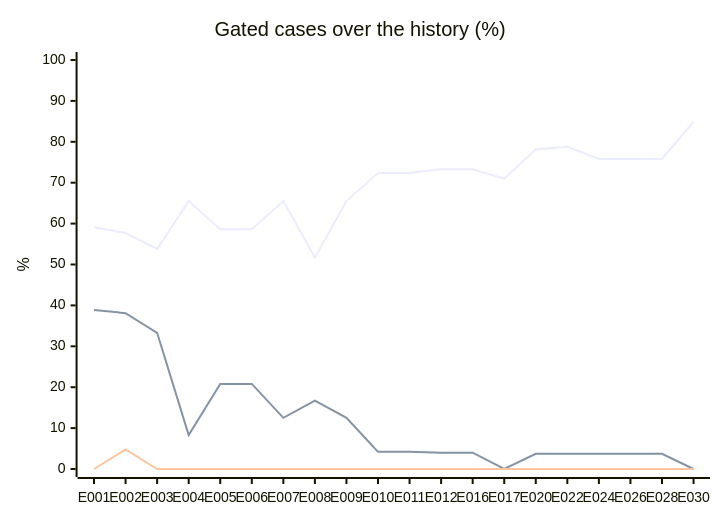
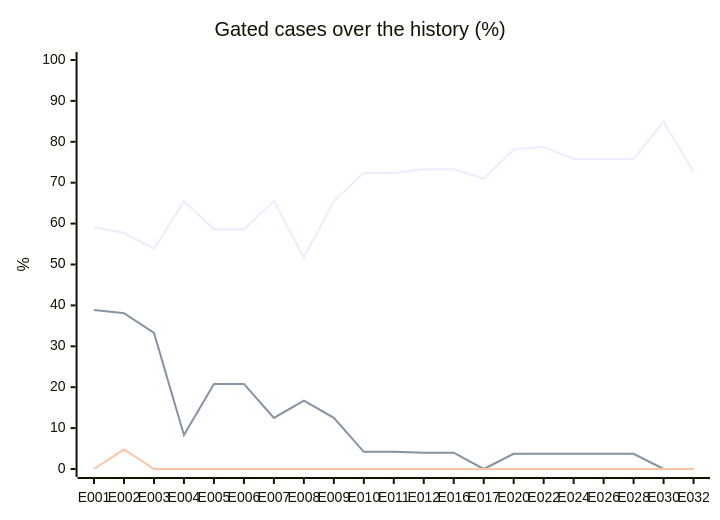
Before and after one commit to acarbonellb/anti-fraud-agent: the second of 2 diagrams in evals/report.md, drawn with Mermaid. The commit also changed other lines of this file and 141 other files, not shown here.

````diff
--- a/evals/report.md
+++ b/evals/report.md
@@ -155,9 +157,9 @@
 ```mermaid
 xychart-beta
   title "Gated cases over the history (%)"
-  x-axis [E001, E002, E003, E004, E005, E006, E007, E008, E009, E010, E011, E012, E016, E017, E020, E022, E024, E026, E028, E030]
+  x-axis [E001, E002, E003, E004, E005, E006, E007, E008, E009, E010, E011, E012, E016, E017, E020, E022, E024, E026, E028, E030, E032]
   y-axis "%" 0 --> 100
-  line [59.1, 57.7, 53.8, 65.5, 58.6, 58.6, 65.5, 51.7, 65.5, 72.4, 72.4, 73.3, 73.3, 71, 78.1, 78.8, 75.8, 75.8, 75.8, 84.9]
-  line [38.9, 38.1, 33.3, 8.3, 20.8, 20.8, 12.5, 16.7, 12.5, 4.2, 4.2, 4, 4, 0, 3.7, 3.7, 3.7, 3.7, 3.7, 0]
-  line [0, 4.8, 0, 0, 0, 0, 0, 0, 0, 0, 0, 0, 0, 0, 0, 0, 0, 0, 0, 0]
+  line [59.1, 57.7, 53.8, 65.5, 58.6, 58.6, 65.5, 51.7, 65.5, 72.4, 72.4, 73.3, 73.3, 71, 78.1, 78.8, 75.8, 75.8, 75.8, 84.9, 72.7]
+  line [38.9, 38.1, 33.3, 8.3, 20.8, 20.8, 12.5, 16.7, 12.5, 4.2, 4.2, 4, 4, 0, 3.7, 3.7, 3.7, 3.7, 3.7, 0, 0]
+  line [0, 4.8, 0, 0, 0, 0, 0, 0, 0, 0, 0, 0, 0, 0, 0, 0, 0, 0, 0, 0, 0]
 ```
````
